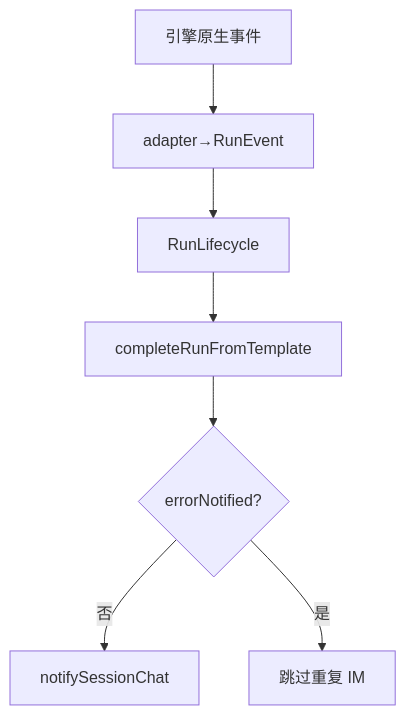
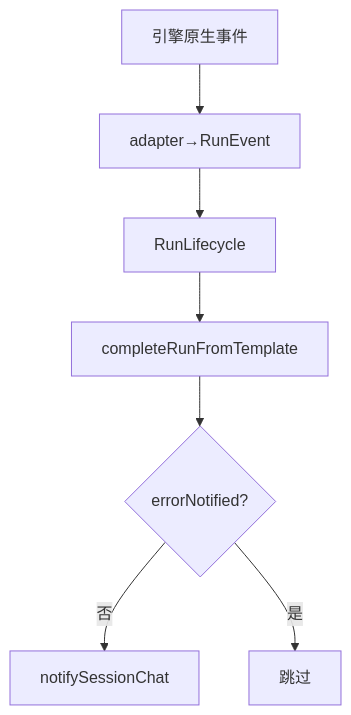
The diagram in knowledge/业务域/Agent调度/10-SDK上下文保护与失败归因.md (suveng/cursor-claw), drawn with Mermaid before and after one commit. The commit also changed other lines of this file and 21 other files, not shown here.

````diff
--- a/knowledge/业务域/Agent调度/10-SDK上下文保护与失败归因.md
+++ b/knowledge/业务域/Agent调度/10-SDK上下文保护与失败归因.md
@@ -44,9 +40,9 @@
 ```mermaid
 flowchart TD
   ev["引擎原生事件"] --> map["adapter→RunEvent"]
   map --> lc["RunLifecycle"]
   lc --> tpl["completeRunFromTemplate"]
   tpl --> chk{"errorNotified?"}
   chk -->|否| im["notifySessionChat"]
-  chk -->|是| skip["跳过重复 IM"]
+  chk -->|是| skip["跳过"]
 ```
````
